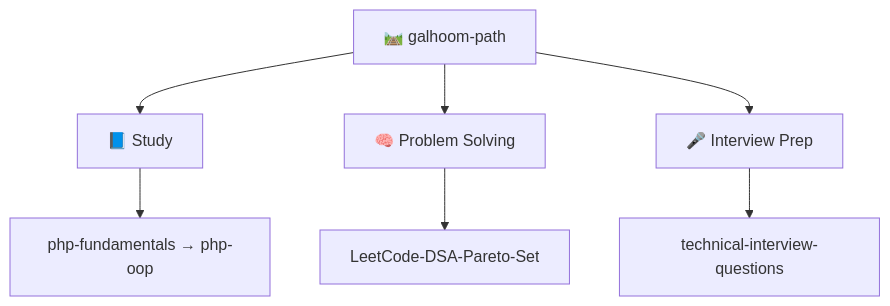
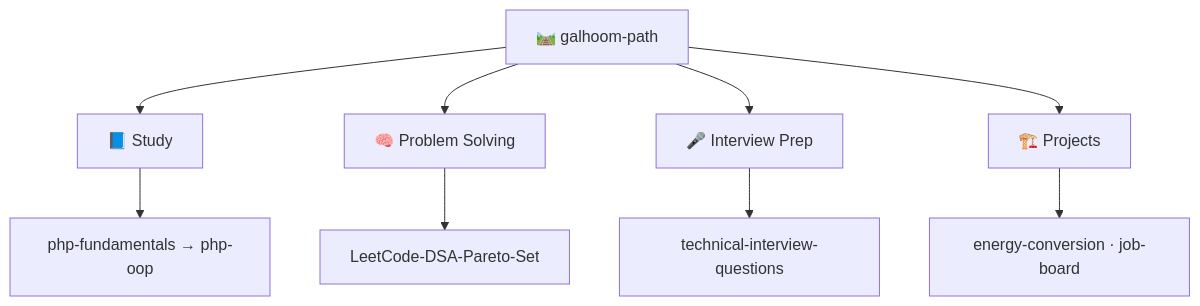
Before and after one commit to Galhoom22/Galhoom22: the diagram in README.md, drawn with Mermaid. The commit also changed other lines of this file, not shown here.

Commit message:
Profile Path map: four tracks including Projects.

````diff
--- a/README.md
+++ b/README.md
@@ -33,10 +33,12 @@
 ```mermaid
 flowchart TB
   ORG["🛤️ galhoom-path"]
   ORG --> S["📘 Study"]
   ORG --> P["🧠 Problem Solving"]
   ORG --> I["🎤 Interview Prep"]
+  ORG --> R["🏗️ Projects"]
   S --> S1["php-fundamentals → php-oop"]
   P --> P1["LeetCode-DSA-Pareto-Set"]
   I --> I1["technical-interview-questions"]
+  R --> R1["energy-conversion · job-board"]
 ```
````
